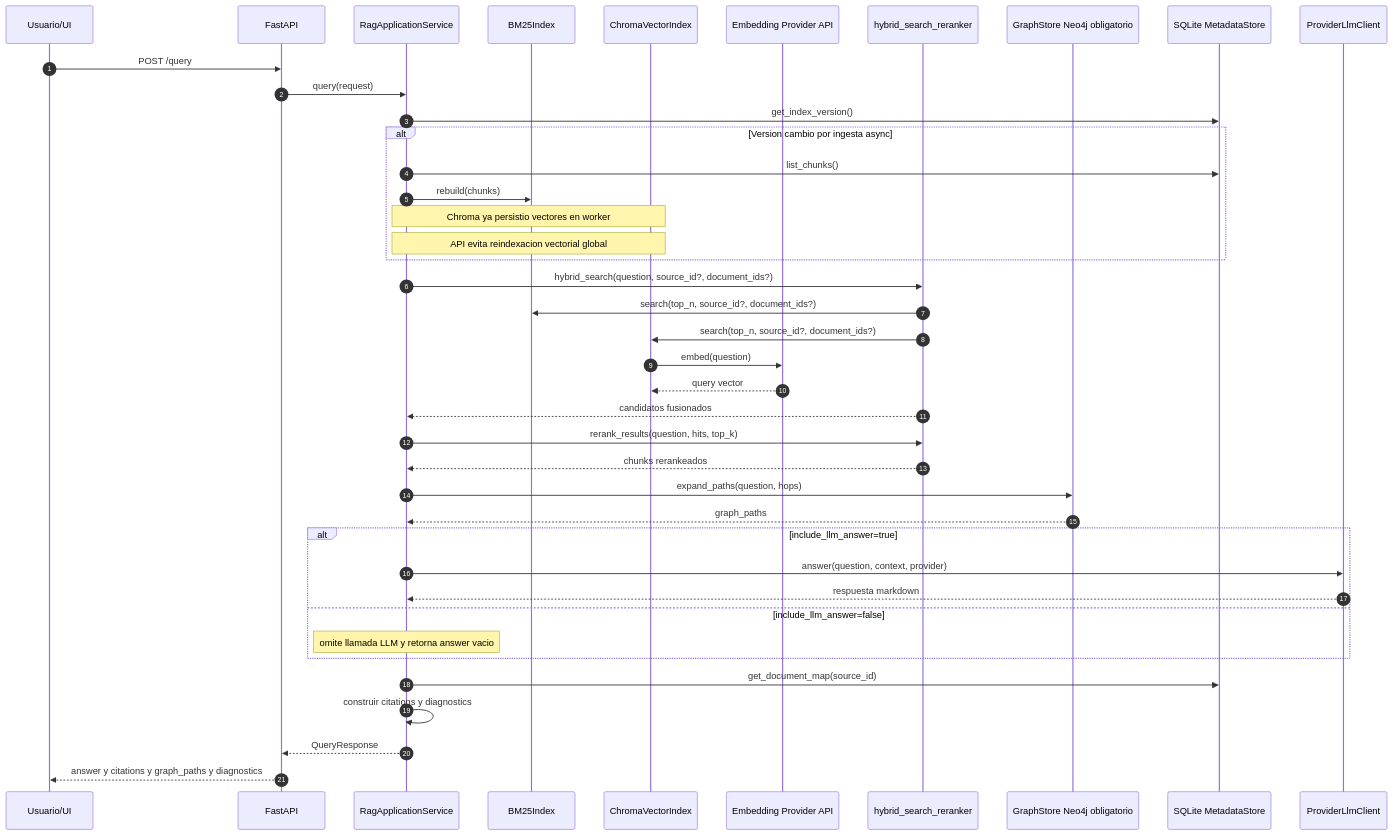
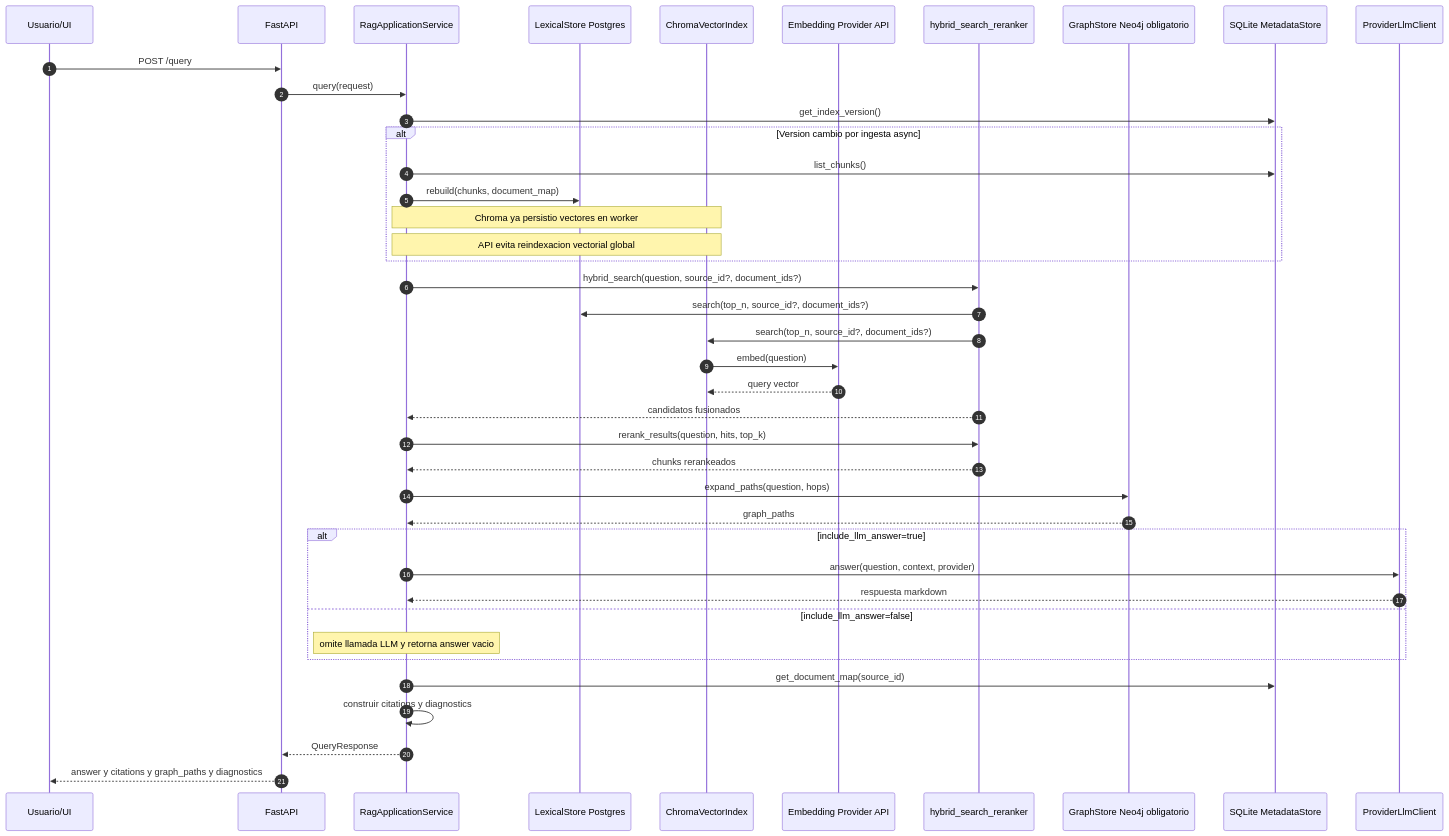
Before and after one commit to gherrerz/KDB-RAG-Docs: the fourth of 4 diagrams in docs/ARCHITECTURE.md, drawn with Mermaid. The commit also changed other lines of this file and 77 other files, not shown here.

````diff
--- a/docs/ARCHITECTURE.md
+++ b/docs/ARCHITECTURE.md
@@ -226,49 +244,49 @@
 ```mermaid
 sequenceDiagram
     autonumber
     participant User as Usuario/UI
     participant API as FastAPI
     participant SVC as RagApplicationService
-    participant BM25 as BM25Index
+    participant LEX as LexicalStore Postgres
     participant VEC as ChromaVectorIndex
     participant EMB as Embedding Provider API
     participant RET as hybrid_search_reranker
     participant GS as GraphStore Neo4j obligatorio
     participant DB as SQLite MetadataStore
     participant LLM as ProviderLlmClient
 
     User->>API: POST /query
     API->>SVC: query(request)
     SVC->>DB: get_index_version()
     alt Version cambio por ingesta async
         SVC->>DB: list_chunks()
-        SVC->>BM25: rebuild(chunks)
+      SVC->>LEX: rebuild(chunks, document_map)
         Note over SVC,VEC: Chroma ya persistio vectores en worker
         Note over SVC,VEC: API evita reindexacion vectorial global
     end
 
     SVC->>RET: hybrid_search(question, source_id?, document_ids?)
-    RET->>BM25: search(top_n, source_id?, document_ids?)
+    RET->>LEX: search(top_n, source_id?, document_ids?)
     RET->>VEC: search(top_n, source_id?, document_ids?)
     VEC->>EMB: embed(question)
     EMB-->>VEC: query vector
     RET-->>SVC: candidatos fusionados
 
     SVC->>RET: rerank_results(question, hits, top_k)
     RET-->>SVC: chunks rerankeados
 
     SVC->>GS: expand_paths(question, hops)
     GS-->>SVC: graph_paths
 
     alt include_llm_answer=true
       SVC->>LLM: answer(question, context, provider)
       LLM-->>SVC: respuesta markdown
     else include_llm_answer=false
       Note over SVC: omite llamada LLM y retorna answer vacio
     end
 
     SVC->>DB: get_document_map(source_id)
     SVC->>SVC: construir citations y diagnostics
     SVC-->>API: QueryResponse
     API-->>User: answer y citations y graph_paths y diagnostics
 ```
````
